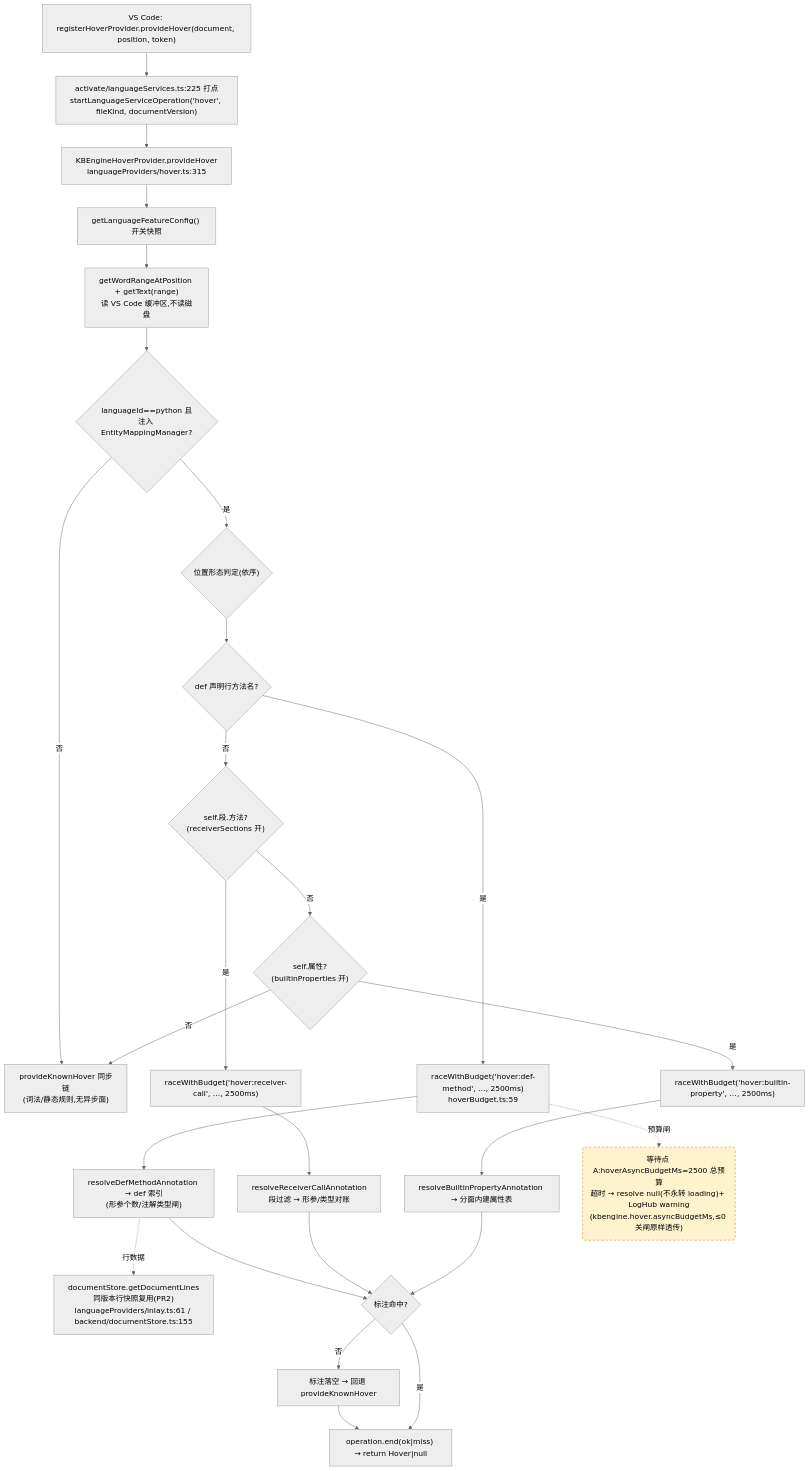
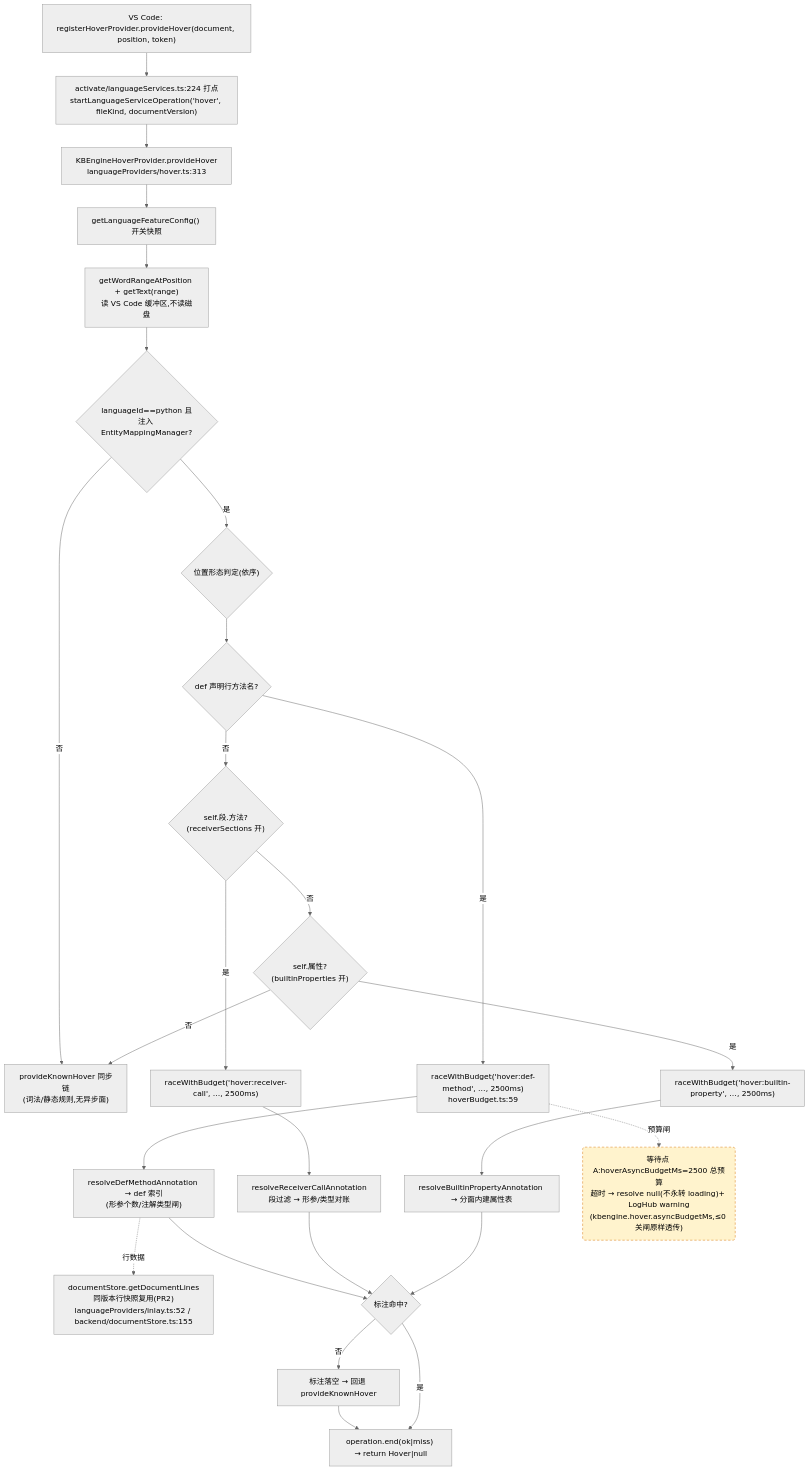
The first of 4 diagrams in docs/perf/2026-baseline.md (cuihairu/kode), drawn with Mermaid (neutral theme) before and after one commit. The commit also changed other lines of this file and 162 other files, not shown here.

````diff
--- a/docs/perf/2026-baseline.md
+++ b/docs/perf/2026-baseline.md
@@ -103,45 +100,45 @@
 ```mermaid
 flowchart TD
   VC1["VS Code: registerHoverProvider.provideHover(document, position, token)"]
-  M1["activate/languageServices.ts:225 打点<br/>startLanguageServiceOperation('hover', fileKind, documentVersion)"]
-  HP["KBEngineHoverProvider.provideHover<br/>languageProviders/hover.ts:315"]
+  M1["activate/languageServices.ts:224 打点<br/>startLanguageServiceOperation('hover', fileKind, documentVersion)"]
+  HP["KBEngineHoverProvider.provideHover<br/>languageProviders/hover.ts:313"]
   CFG["getLanguageFeatureConfig() 开关快照"]
   WORD["getWordRangeAtPosition + getText(range)<br/>读 VS Code 缓冲区,不读磁盘"]
   BR{"languageId==python 且<br/>注入 EntityMappingManager?"}
   KN["provideKnownHover 同步链<br/>(词法/静态规则,无异步面)"]
   POS{"位置形态判定(依序)"}
   D1{"def 声明行方法名?"}
   D2{"self.段.方法?<br/>(receiverSections 开)"}
   D3{"self.属性?<br/>(builtinProperties 开)"}
   RA1["raceWithBudget('hover:def-method', …, 2500ms)<br/>hoverBudget.ts:59"]
   RA2["raceWithBudget('hover:receiver-call', …, 2500ms)"]
   RA3["raceWithBudget('hover:builtin-property', …, 2500ms)"]
   RS1["resolveDefMethodAnnotation → def 索引<br/>(形参个数/注解类型闸)"]
   RS2["resolveReceiverCallAnnotation<br/>段过滤 → 形参/类型对账"]
   RS3["resolveBuiltinPropertyAnnotation → 分面内建属性表"]
-  LINES["documentStore.getDocumentLines<br/>同版本行快照复用(PR2)<br/>languageProviders/inlay.ts:61 / backend/documentStore.ts:155"]
+  LINES["documentStore.getDocumentLines<br/>同版本行快照复用(PR2)<br/>languageProviders/inlay.ts:52 / backend/documentStore.ts:155"]
   MISS["标注落空 → 回退 provideKnownHover"]
   END1["operation.end(ok|miss) → return Hover|null"]
 
   VC1 --> M1 --> HP --> CFG --> WORD --> BR
   BR -- "否" --> KN
   BR -- "是" --> POS --> D1
   D1 -- "是" --> RA1 --> RS1
   D1 -- "否" --> D2
   D2 -- "是" --> RA2 --> RS2
   D2 -- "否" --> D3
   D3 -- "是" --> RA3 --> RS3
   D3 -- "否" --> KN
   RS1 --> HIT{"标注命中?"}
   RS2 --> HIT
   RS3 --> HIT
   RS1 -.->|行数据| LINES
   HIT -- "否" --> MISS --> END1
   HIT -- "是" --> END1
 
   WAITA("等待点 A:hoverAsyncBudgetMs=2500 总预算<br/>超时 → resolve null(不永转 loading)+ LogHub warning<br/>(kbengine.hover.asyncBudgetMs,≤0 关闸原样透传)")
   RA1 -.->|预算闸| WAITA
 
   classDef waitPoint fill:#fff3cd,stroke:#d97706,stroke-dasharray:5 4;
   class WAITA waitPoint;
 ```
````
